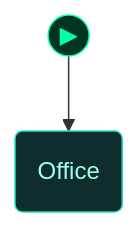
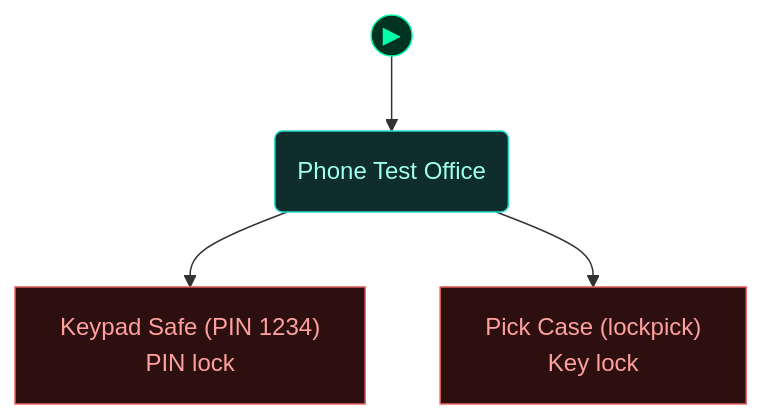
One commit to cliffe/BreakEscape changed the first of 5 diagrams in scenarios/test_phone_calls/dungeon_graph.md. Above: the diagram before and after it, drawn with Mermaid. The commit also changed other lines of this file and 13 other files, not shown here.

Commit message:
Phone calls A2c: test_phone_calls gains keypad, lockpick, container, both popups, guard, hostile brute and caller_hold/forced/popup

````diff
--- a/scenarios/test_phone_calls/dungeon_graph.md
+++ b/scenarios/test_phone_calls/dungeon_graph.md
@@ -51,27 +51,32 @@
 ```mermaid
 flowchart TD
 
   classDef room      fill:#0f2d2d,stroke:#22ddcc,color:#a0ffee
   classDef lock      fill:#2d0f0f,stroke:#e66060,color:#ffa0a0
   classDef key       fill:#2d0812,stroke:#e66060,color:#ffa0a0
   classDef item      fill:#2d1200,stroke:#e89030,color:#ffcc80
   classDef gate      fill:#111,stroke:#666,color:#eee
   classDef vm        fill:#0c1f40,stroke:#4a90d9,color:#a0c8ff
   classDef flag      fill:#1a0c2d,stroke:#9060d0,color:#cc99ff
   classDef action    fill:#1a1200,stroke:#cc9922,color:#ffee88
   classDef aim       fill:#0d2a0d,stroke:#44cc44,color:#88ff88
   classDef aim_gate  fill:#111111,stroke:#44cc44,color:#44cc44
   classDef container fill:#1a2d1a,stroke:#60b060,color:#a0e0a0
   classDef npc       fill:#2d1f0d,stroke:#d0a050,color:#ffe0a0
   classDef critical  fill:#2a1500,stroke:#ffaa00,color:#ffdd88
   classDef start     fill:#003322,stroke:#00ffaa,color:#00ffaa
 
   node_start(("▶"))
   node_start --> office
 
-  office("Office")
+  lock_keypad_safe["Keypad Safe (PIN 1234)<br/>PIN lock"]
+  lock_pick_case["Pick Case (lockpick)<br/>Key lock"]
+  office("Phone Test Office")
 
+  office --> lock_keypad_safe
+  office --> lock_pick_case
 
+  class lock_keypad_safe,lock_pick_case lock
   class office room
   class node_start start
 ```
````
